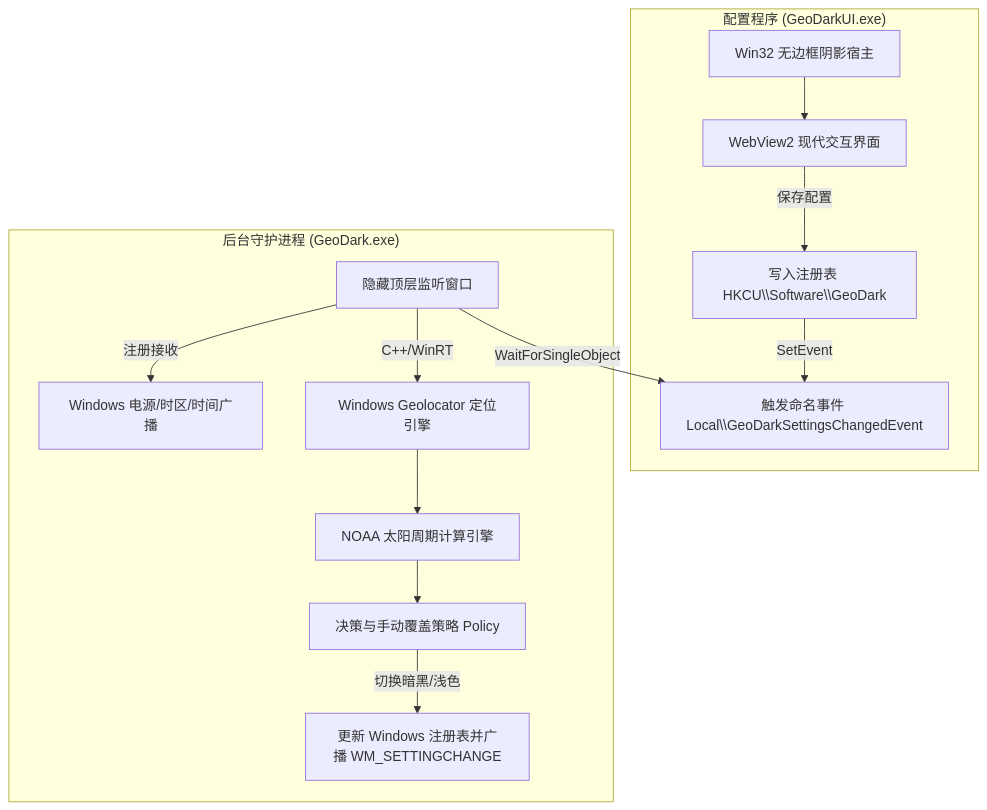
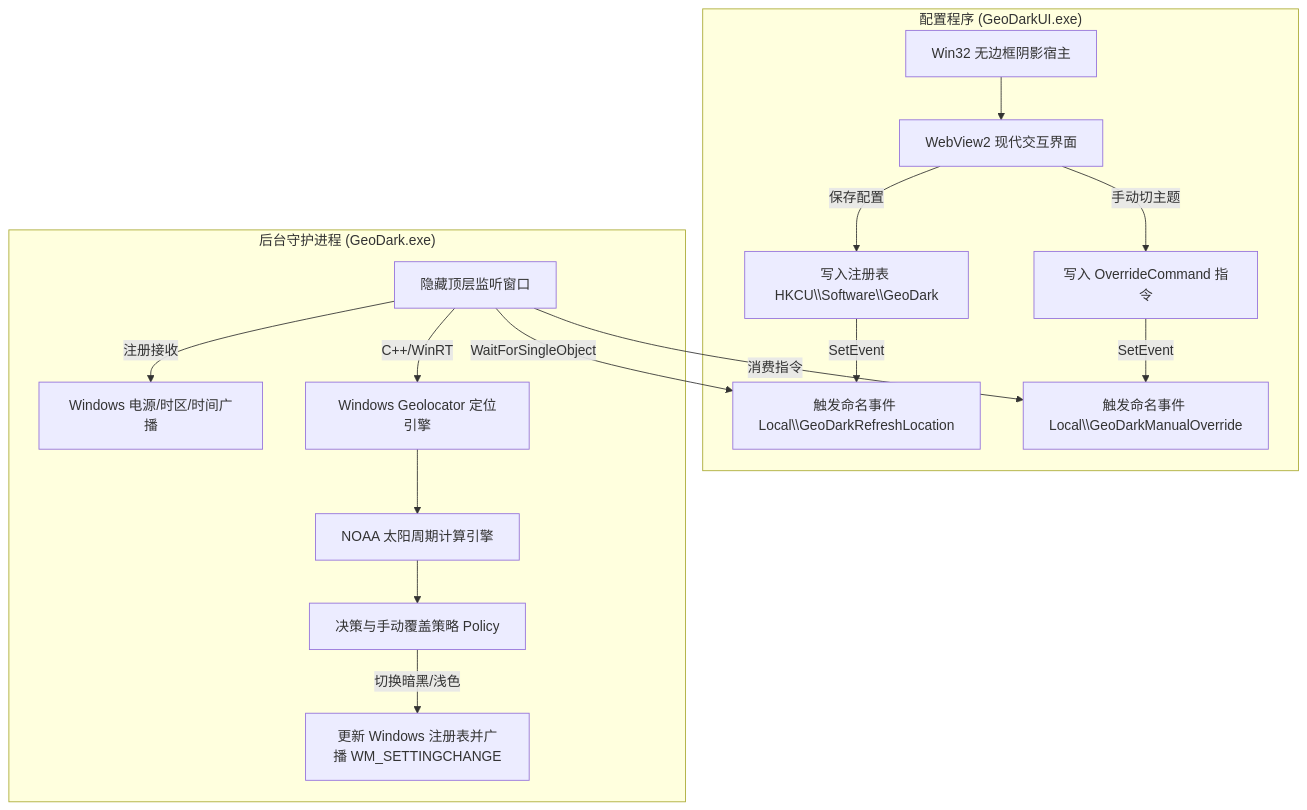
Before and after one commit to DerekWangHUZ/GeoDark: the diagram in README.md, drawn with Mermaid. The commit also changed other lines of this file and 19 other files, not shown here.

Commit message:
feat: harden manual override IPC and JSON bridge; release 1.0.0

````diff
--- a/README.md
+++ b/README.md
@@ -74,17 +74,20 @@
 ```mermaid
 flowchart TD
     subgraph UI ["配置程序 (GeoDarkUI.exe)"]
         A[Win32 无边框阴影宿主] --> B[WebView2 现代交互界面]
         B -->|保存配置| C[写入注册表 HKCU\\Software\\GeoDark]
-        C -->|SetEvent| D[触发命名事件 Local\\GeoDarkSettingsChangedEvent]
+        C -->|SetEvent| D[触发命名事件 Local\\GeoDarkRefreshLocation]
+        B -->|手动切主题| E[写入 OverrideCommand 指令]
+        E -->|SetEvent| F[触发命名事件 Local\\GeoDarkManualOverride]
     end
 
     subgraph Daemon ["后台守护进程 (GeoDark.exe)"]
-        E[隐藏顶层监听窗口] -->|WaitForSingleObject| D
-        E -->|注册接收| F[Windows 电源/时区/时间广播]
-        E -->|C++/WinRT| G[Windows Geolocator 定位引擎]
-        G --> H[NOAA 太阳周期计算引擎]
-        H --> I[决策与手动覆盖策略 Policy]
-        I -->|切换暗黑/浅色| J[更新 Windows 注册表并广播 WM_SETTINGCHANGE]
+        G[隐藏顶层监听窗口] -->|WaitForSingleObject| D
+        G -->|消费指令| F
+        G -->|注册接收| H[Windows 电源/时区/时间广播]
+        G -->|C++/WinRT| I[Windows Geolocator 定位引擎]
+        I --> J[NOAA 太阳周期计算引擎]
+        J --> K[决策与手动覆盖策略 Policy]
+        K -->|切换暗黑/浅色| L[更新 Windows 注册表并广播 WM_SETTINGCHANGE]
     end
 ```
````
